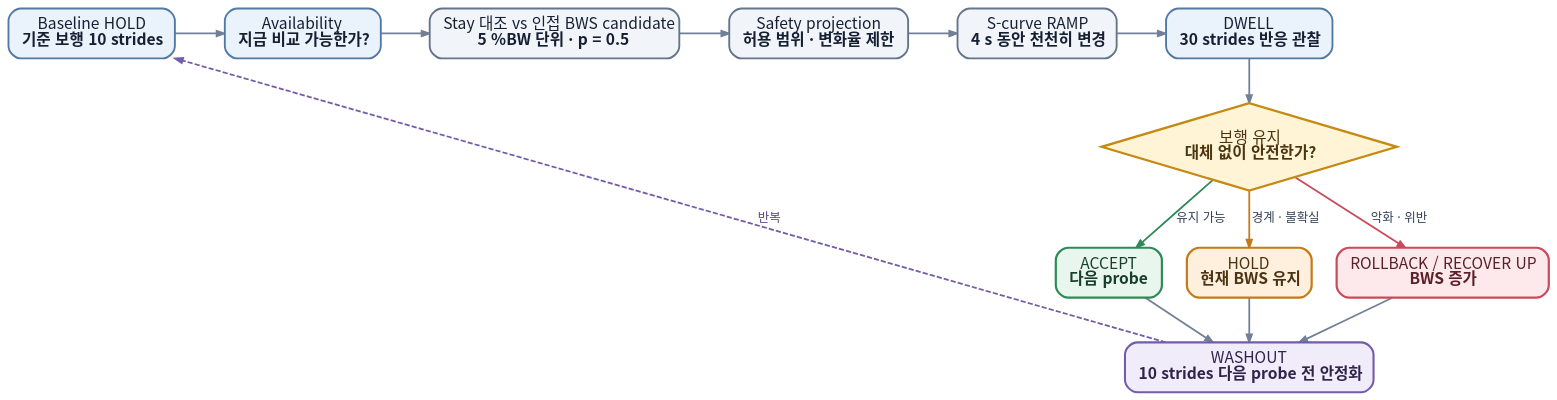
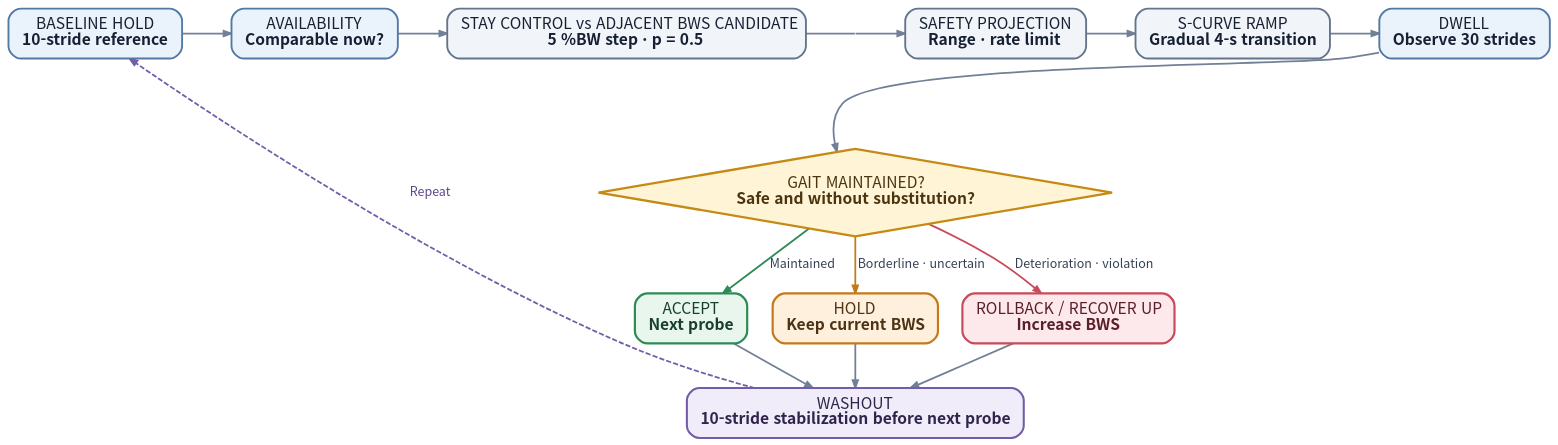
One commit to BLU3ERRY/bwstt-ilc-figures changed the diagram in 20260825_aan_protocol_flowchart.dot. Above: the diagram before and after it, drawn with Graphviz. The commit also changed 2 other files, not shown here.

Commit message:
refine AAN flowchart layout and English labels

```diff
--- a/20260825_aan_protocol_flowchart.dot
+++ b/20260825_aan_protocol_flowchart.dot
@@ -1,70 +1,78 @@
 digraph AANProtocol {
   graph [
     bgcolor="transparent",
     rankdir=TB,
     pad=0.18,
     nodesep=0.34,
     ranksep=0.58,
     splines=spline,
     outputorder=edgesfirst
   ];
 
   node [
     shape=box,
     style="rounded,filled",
     fontname="Noto Sans CJK KR",
     fontsize=15,
     margin="0.18,0.12",
     penwidth=1.8,
     color="#5279A3",
     fillcolor="#EAF2FB",
     fontcolor="#172033"
   ];
 
   edge [
     fontname="Noto Sans CJK KR",
     fontsize=12,
     fontcolor="#334155",
     color="#718096",
     penwidth=1.7,
     arrowsize=0.75
   ];
 
-  A [label=<Baseline HOLD<BR/><B>기준 보행 10 strides</B>>];
-  B [label=<Availability<BR/><B>지금 비교 가능한가?</B>>];
-  C [label=<Stay 대조 vs 인접 BWS candidate<BR/><B>5 %BW 단위 · p = 0.5</B>>, color="#64748B", fillcolor="#F1F5F9"];
-  D [label=<Safety projection<BR/><B>허용 범위 · 변화율 제한</B>>, color="#64748B", fillcolor="#F1F5F9"];
-  E [label=<S-curve RAMP<BR/><B>4 s 동안 천천히 변경</B>>, color="#64748B", fillcolor="#F1F5F9"];
-  F [label=<DWELL<BR/><B>30 strides 반응 관찰</B>>];
+  A [label=<BASELINE HOLD<BR/><B>10-stride reference</B>>];
+  B [label=<AVAILABILITY<BR/><B>Comparable now?</B>>];
+  C [label=<STAY CONTROL vs ADJACENT BWS CANDIDATE<BR/><B>5 %BW step · p = 0.5</B>>, color="#64748B", fillcolor="#F1F5F9"];
+  D [label=<SAFETY PROJECTION<BR/><B>Range · rate limit</B>>, color="#64748B", fillcolor="#F1F5F9"];
+  E [label=<S-CURVE RAMP<BR/><B>Gradual 4-s transition</B>>, color="#64748B", fillcolor="#F1F5F9"];
+  F [label=<DWELL<BR/><B>Observe 30 strides</B>>];
+  MID [shape=point, width=0, height=0, label="", style=invis];
 
-  { rank=same; A; B; C; D; E; F; }
-  A -> B -> C -> D -> E -> F;
+  { rank=same; A; B; C; MID; D; E; F; }
+  A -> B -> C;
+  C -> MID [arrowhead=none];
+  MID -> D;
+  D -> E -> F;
+
+  CENTER [shape=point, width=0, height=0, label="", style=invis];
+  MID -> CENTER [style=invis, weight=30];
 
   G [
     shape=diamond,
     style="filled",
-    label=<보행 유지<BR/><B>대체 없이 안전한가?</B>>,
+    label=<GAIT MAINTAINED?<BR/><B>Safe and without substitution?</B>>,
     color="#C58A14",
     fillcolor="#FFF4D6",
     fontcolor="#4A3510",
     penwidth=2.2,
     margin="0.12,0.08"
   ];
-  F -> G;
+  CENTER -> G [style=invis, weight=30];
+  F -> G [constraint=false];
 
-  H [label=<ACCEPT<BR/><B>다음 probe</B>>, color="#2E8B57", fillcolor="#E8F6EE", fontcolor="#173F2B", penwidth=2.1];
-  I [label=<HOLD<BR/><B>현재 BWS 유지</B>>, color="#C47A19", fillcolor="#FFF0DD", fontcolor="#4B3314", penwidth=2.1];
-  J [label=<ROLLBACK / RECOVER UP<BR/><B>BWS 증가</B>>, color="#C94A5B", fillcolor="#FDE9EC", fontcolor="#5A1F28", penwidth=2.1];
+  H [label=<ACCEPT<BR/><B>Next probe</B>>, color="#2E8B57", fillcolor="#E8F6EE", fontcolor="#173F2B", penwidth=2.1];
+  I [label=<HOLD<BR/><B>Keep current BWS</B>>, color="#C47A19", fillcolor="#FFF0DD", fontcolor="#4B3314", penwidth=2.1];
+  J [label=<ROLLBACK / RECOVER UP<BR/><B>Increase BWS</B>>, color="#C94A5B", fillcolor="#FDE9EC", fontcolor="#5A1F28", penwidth=2.1];
 
   { rank=same; H; I; J; }
-  G -> H [label="유지 가능", color="#2E8B57"];
-  G -> I [label="경계 · 불확실", color="#C47A19"];
-  G -> J [label="악화 · 위반", color="#C94A5B"];
+  G -> H [label="Maintained", color="#2E8B57"];
+  G -> I [label="Borderline · uncertain", color="#C47A19"];
+  G -> J [label="Deterioration · violation", color="#C94A5B"];
 
-  K [label=<WASHOUT<BR/><B>10 strides 다음 probe 전 안정화</B>>, color="#735DA8", fillcolor="#F0ECFA", fontcolor="#30244A", penwidth=2.0];
+  K [label=<WASHOUT<BR/><B>10-stride stabilization before next probe</B>>, color="#735DA8", fillcolor="#F0ECFA", fontcolor="#30244A", penwidth=2.0];
   H -> K;
   I -> K;
   J -> K;
 
-  K -> A [label="반복", style=dashed, color="#735DA8", fontcolor="#5B468A", constraint=false, minlen=3];
+  K -> A [label="Repeat", style=dashed, color="#735DA8", fontcolor="#5B468A", constraint=false, minlen=3];
 }
```
